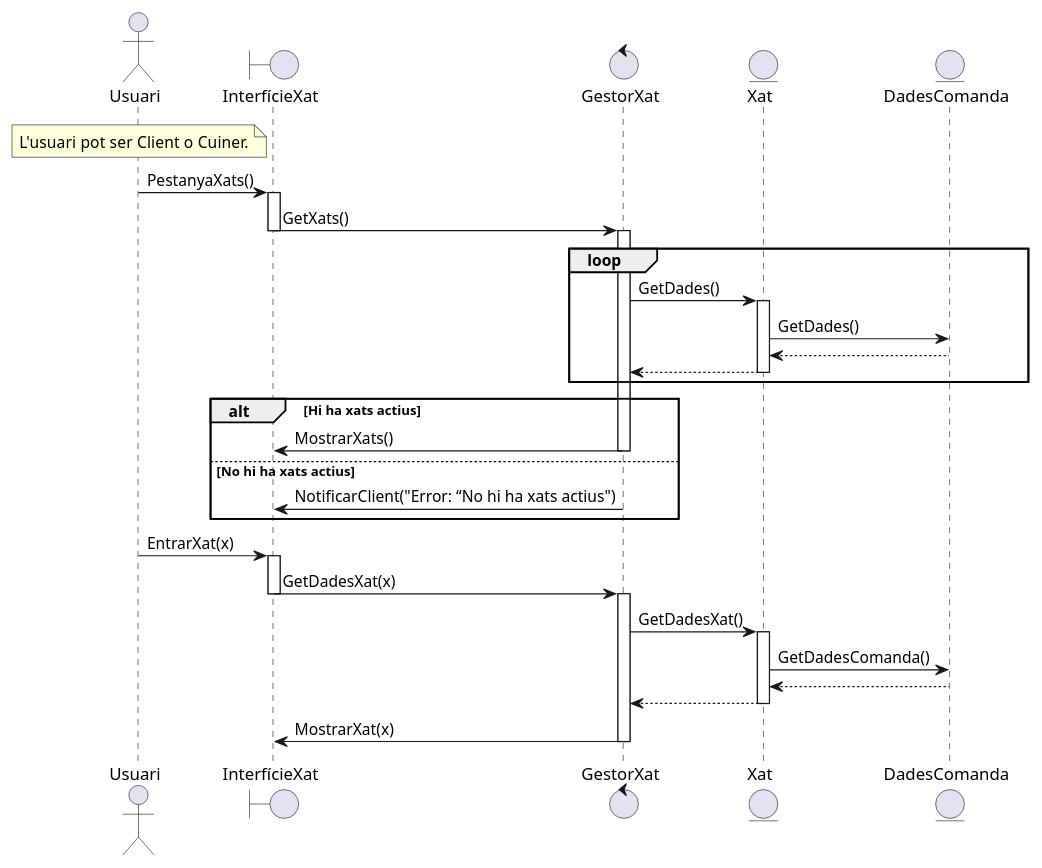
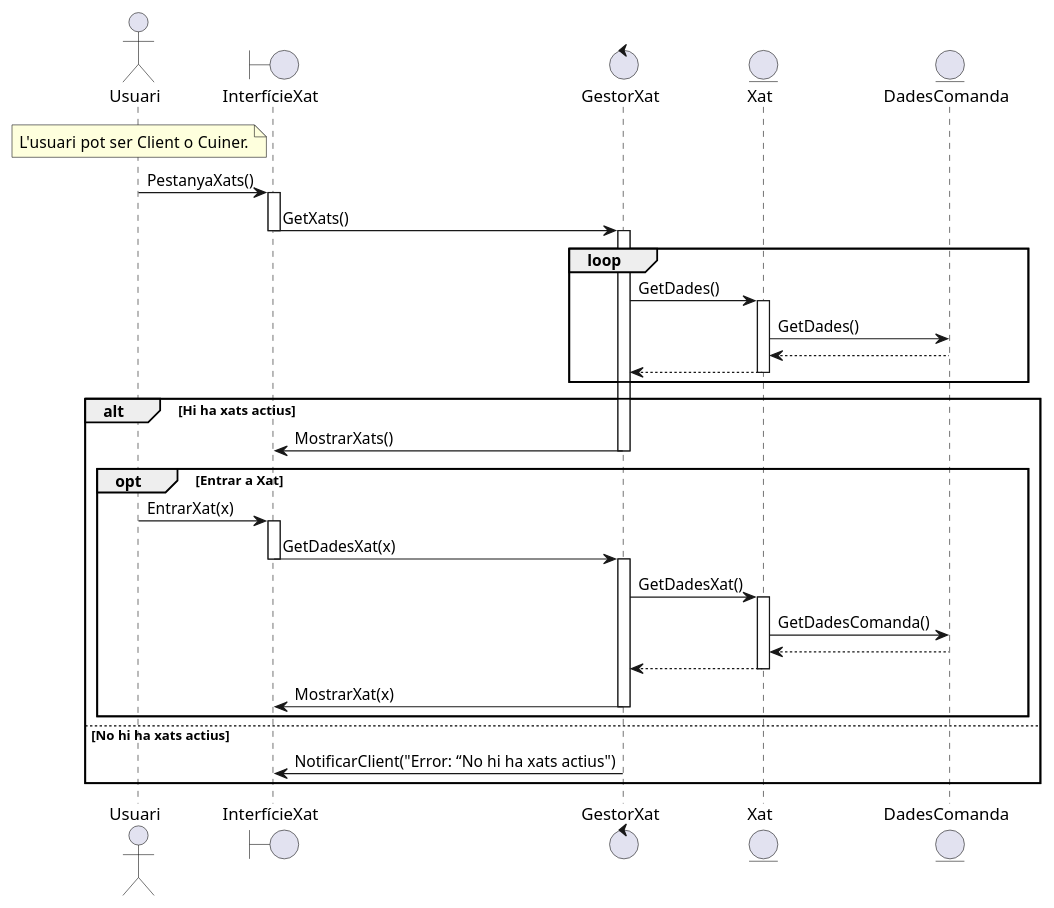
Before and after one commit to martipages/ES23UAB431-02: the diagram in documents/Diagrames i Especificacions/Seqüencia/Hiro! ^3^/2. Mostrar Xats.puml, drawn with PlantUML. The commit also changed 12 other files, not shown here.

```diff
--- a/documents/Diagrames i Especificacions/Seqüencia/Hiro! ^3^/2. Mostrar Xats.puml
+++ b/documents/Diagrames i Especificacions/Seqüencia/Hiro! ^3^/2. Mostrar Xats.puml
@@ -1,33 +1,35 @@
 @startuml
 
 actor Usuari
 note over Usuari: L'usuari pot ser Client o Cuiner.
 boundary InterfícieXat
 control GestorXat
 entity Xat
 entity DadesComanda
 
 Usuari -> InterfícieXat++: PestanyaXats()
 InterfícieXat -> GestorXat--++: GetXats()
 loop
 GestorXat->Xat++: GetDades()
 Xat->DadesComanda: GetDades()
 DadesComanda-->Xat--
 Xat-->GestorXat--
 end
 alt Hi ha xats actius
 GestorXat->InterfícieXat--: MostrarXats() 
-else No hi ha xats actius
-GestorXat->InterfícieXat: NotificarClient("Error: “No hi ha xats actius")
-end
 
-
+opt Entrar a Xat
 Usuari -> InterfícieXat++: EntrarXat(x)
 InterfícieXat -> GestorXat--++: GetDadesXat(x)
 GestorXat->Xat++: GetDadesXat()
 Xat->DadesComanda: GetDadesComanda()
 DadesComanda-->Xat--
 Xat-->GestorXat--
 GestorXat->InterfícieXat--: MostrarXat(x) 
+end
+
+else No hi ha xats actius
+GestorXat->InterfícieXat: NotificarClient("Error: “No hi ha xats actius")
+end
 
 @enduml
```
